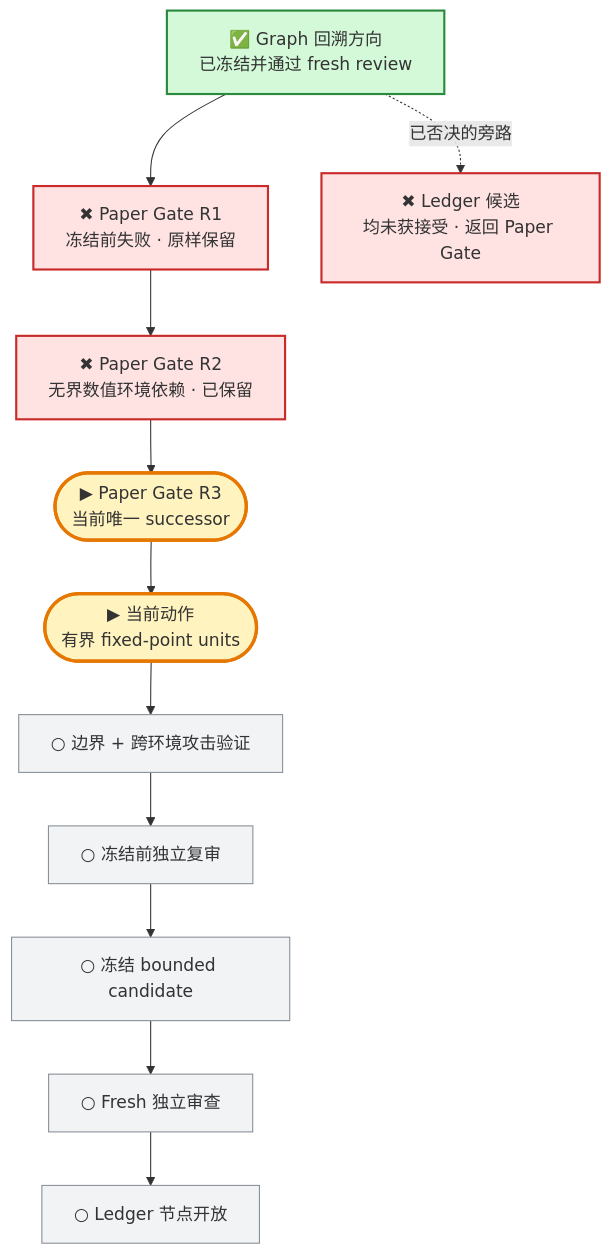
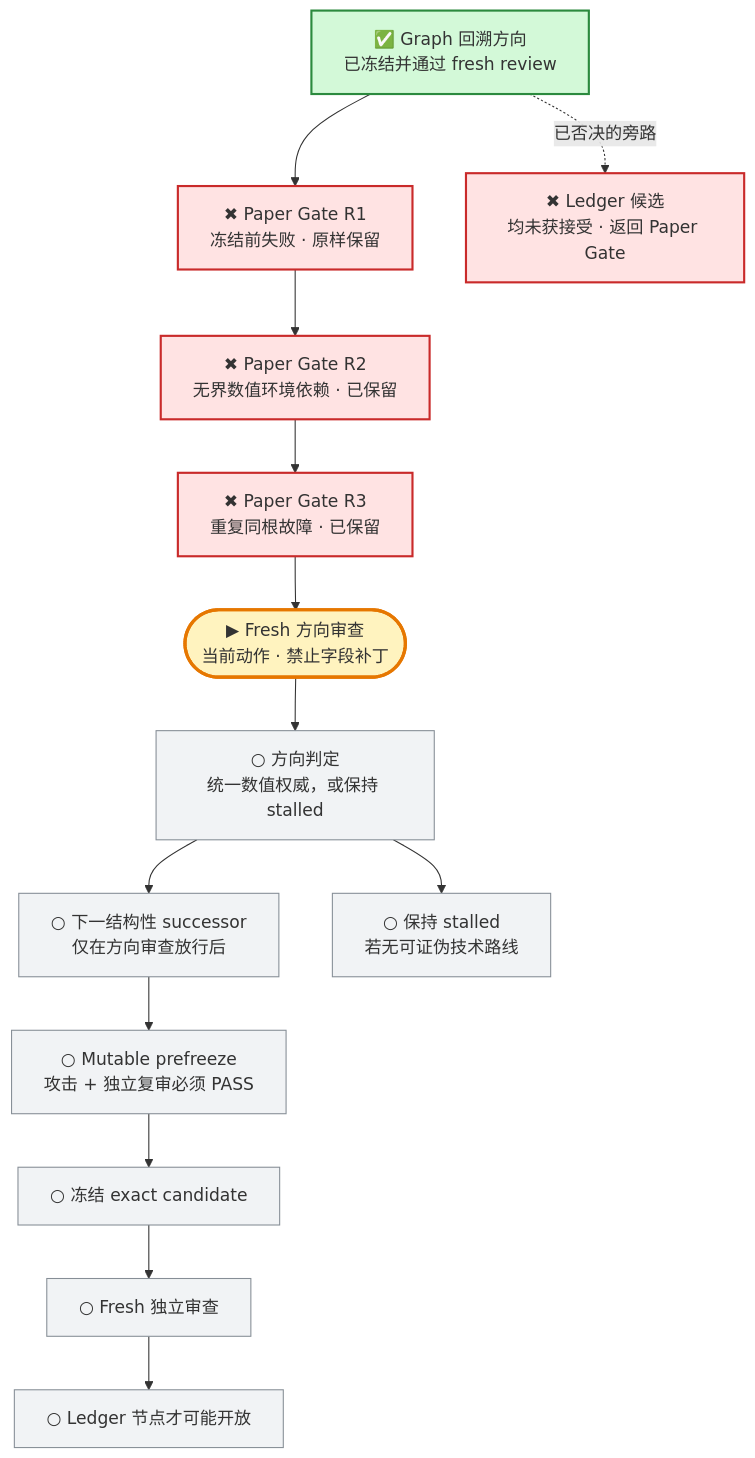
Before and after one commit to j-a-v-e-n/knowledge-vault: the first of 2 diagrams in MyBrain/automation/reports/investment-discipline-system/CURRENT_PROGRESS.md, drawn with Mermaid. The commit also changed other lines of this file, not shown here.

Commit message:
vault backup: 2026-07-30 05:03:50

````diff
--- a/MyBrain/automation/reports/investment-discipline-system/CURRENT_PROGRESS.md
+++ b/MyBrain/automation/reports/investment-discipline-system/CURRENT_PROGRESS.md
@@ -7,23 +7,25 @@
 ```mermaid
 flowchart TB
     G["✅ Graph 回溯方向<br/>已冻结并通过 fresh review"] --> R1["✖ Paper Gate R1<br/>冻结前失败 · 原样保留"]
     R1 --> R2["✖ Paper Gate R2<br/>无界数值环境依赖 · 已保留"]
-    R2 --> R3(["▶ Paper Gate R3<br/>当前唯一 successor"])
-    R3 --> D(["▶ 当前动作<br/>有界 fixed-point units"])
-    D --> T["○ 边界 + 跨环境攻击验证"]
-    T --> P["○ 冻结前独立复审"]
-    P --> F["○ 冻结 bounded candidate"]
+    R2 --> R3["✖ Paper Gate R3<br/>重复同根故障 · 已保留"]
+    R3 --> D(["▶ Fresh 方向审查<br/>当前动作 · 禁止字段补丁"])
+    D --> Q["○ 方向判定<br/>统一数值权威，或保持 stalled"]
+    Q --> S["○ 下一结构性 successor<br/>仅在方向审查放行后"]
+    Q --> H["○ 保持 stalled<br/>若无可证伪技术路线"]
+    S --> P["○ Mutable prefreeze<br/>攻击 + 独立复审必须 PASS"]
+    P --> F["○ 冻结 exact candidate"]
     F --> V["○ Fresh 独立审查"]
-    V --> L["○ Ledger 节点开放"]
+    V --> L["○ Ledger 节点才可能开放"]
 
     G -. "已否决的旁路" .-> X["✖ Ledger 候选<br/>均未获接受 · 返回 Paper Gate"]
 
     classDef done fill:#d3f9d8,stroke:#2b8a3e,stroke-width:2px;
     classDef current fill:#fff3bf,stroke:#e67700,stroke-width:3px;
     classDef failed fill:#ffe3e3,stroke:#c92a2a,stroke-width:2px;
     classDef pending fill:#f1f3f5,stroke:#868e96;
     class G done;
-    class R3,D current;
-    class R1,R2,X failed;
-    class T,P,F,V,L pending;
+    class D current;
+    class R1,R2,R3,X failed;
+    class Q,S,H,P,F,V,L pending;
 ```
````
